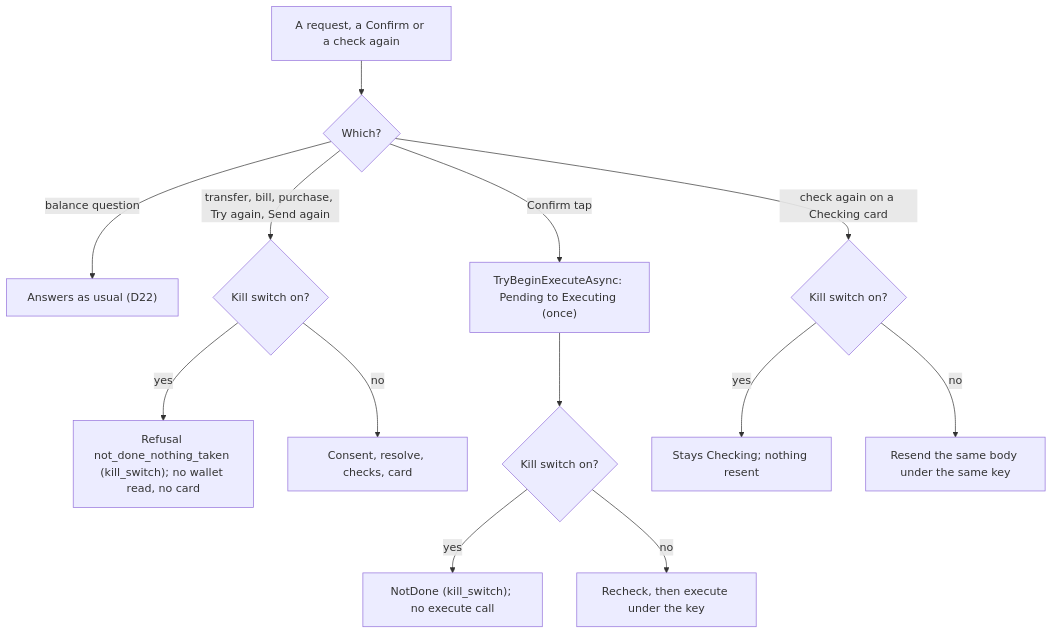
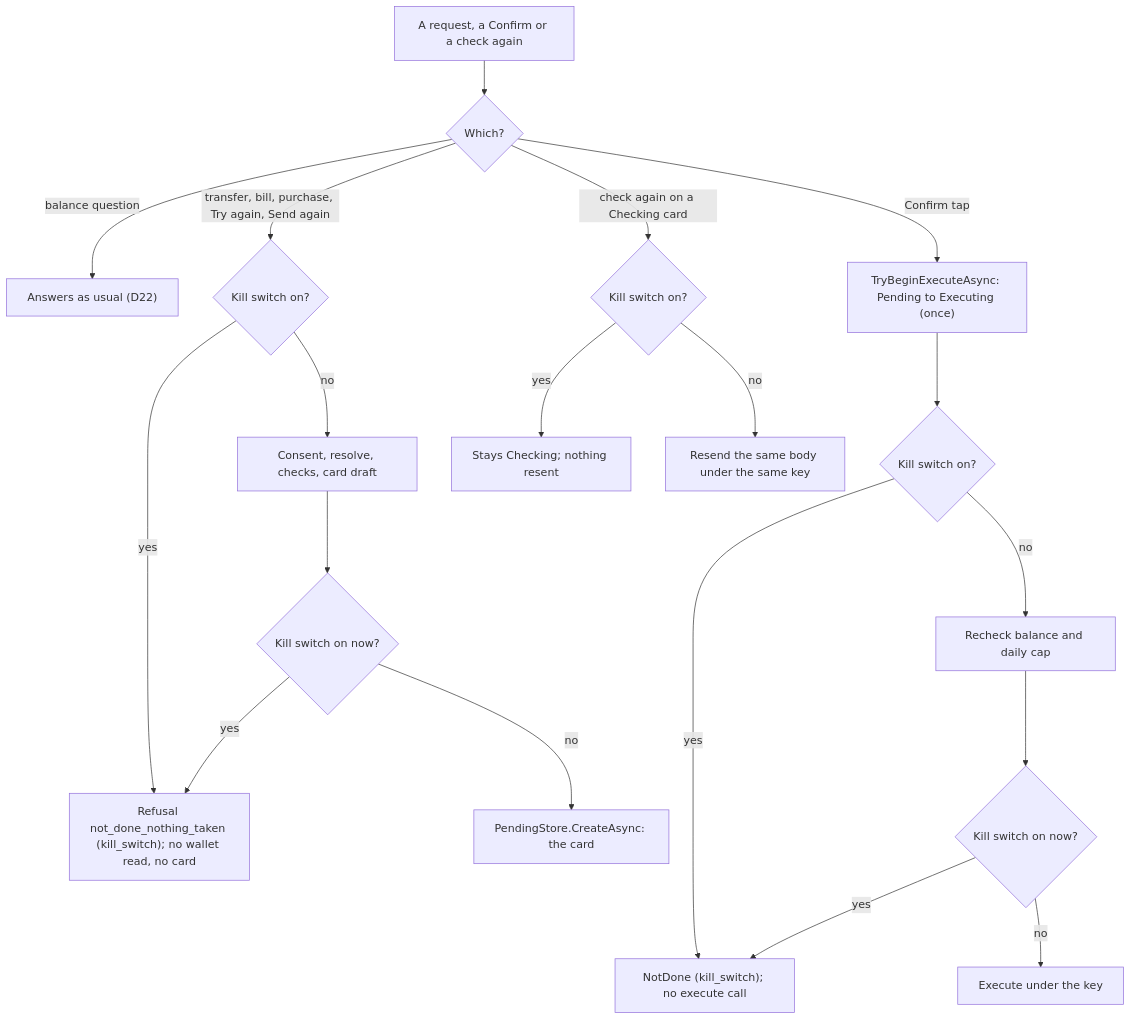
Diagram 11 of 16 in docs/agent-core.md (Khalil-Alhadidi/Naqoli), drawn with Mermaid before and after one commit. The commit also changed other lines of this file and 21 other files, not shown here.

Commit message:
fix(agent): milestone 7 security review: kill switch before execute and before a card, fresh account on a reissue, live MaxYesNoWords, settings validated before publishing

````diff
--- a/docs/agent-core.md
+++ b/docs/agent-core.md
@@ -412,15 +412,21 @@
 ```mermaid
 flowchart TD
     req["A request, a Confirm or a check again"] --> kind{"Which?"}
     kind -- "balance question" --> bal["Answers as usual (D22)"]
     kind -- "transfer, bill, purchase, Try again, Send again" --> g1{"Kill switch on?"}
     g1 -- yes --> r1["Refusal not_done_nothing_taken (kill_switch); no wallet read, no card"]
-    g1 -- no --> card["Consent, resolve, checks, card"]
+    g1 -- no --> checks["Consent, resolve, checks, card draft"]
+    checks --> g1b{"Kill switch on now?"}
+    g1b -- yes --> r1
+    g1b -- no --> card["PendingStore.CreateAsync: the card"]
     kind -- "Confirm tap" --> begin["TryBeginExecuteAsync: Pending to Executing (once)"]
     begin --> g2{"Kill switch on?"}
     g2 -- yes --> r2["NotDone (kill_switch); no execute call"]
-    g2 -- no --> exec["Recheck, then execute under the key"]
+    g2 -- no --> recheck["Recheck balance and daily cap"]
+    recheck --> g2b{"Kill switch on now?"}
+    g2b -- yes --> r2
+    g2b -- no --> exec["Execute under the key"]
     kind -- "check again on a Checking card" --> g3{"Kill switch on?"}
     g3 -- yes --> r3["Stays Checking; nothing resent"]
     g3 -- no --> settle["Resend the same body under the same key"]
 ```
````
